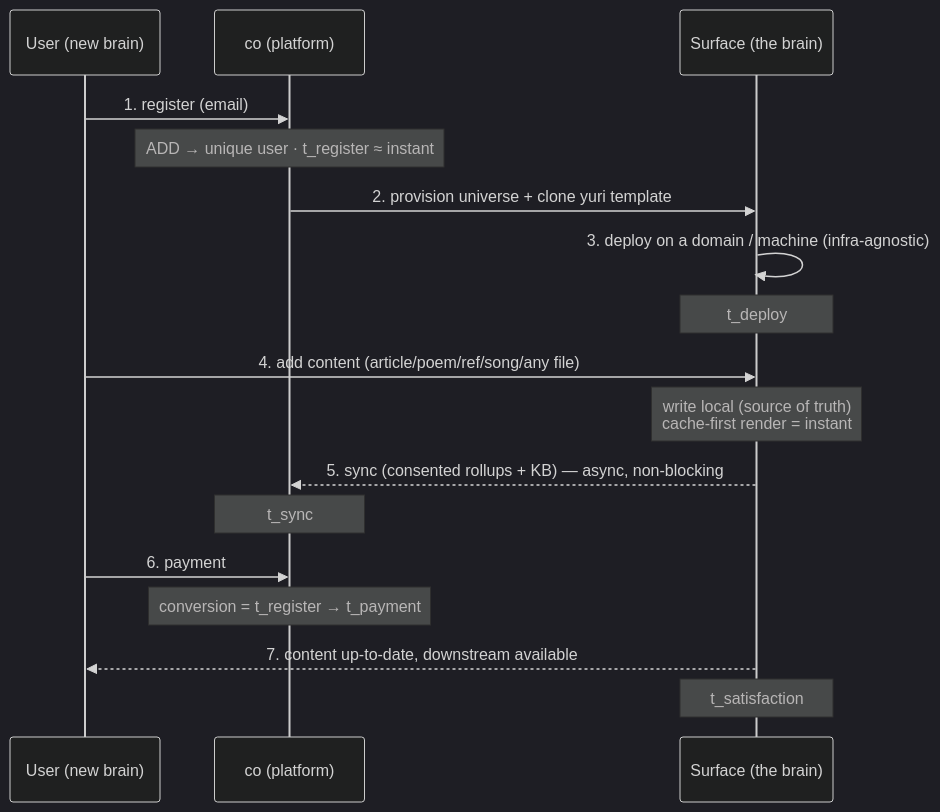
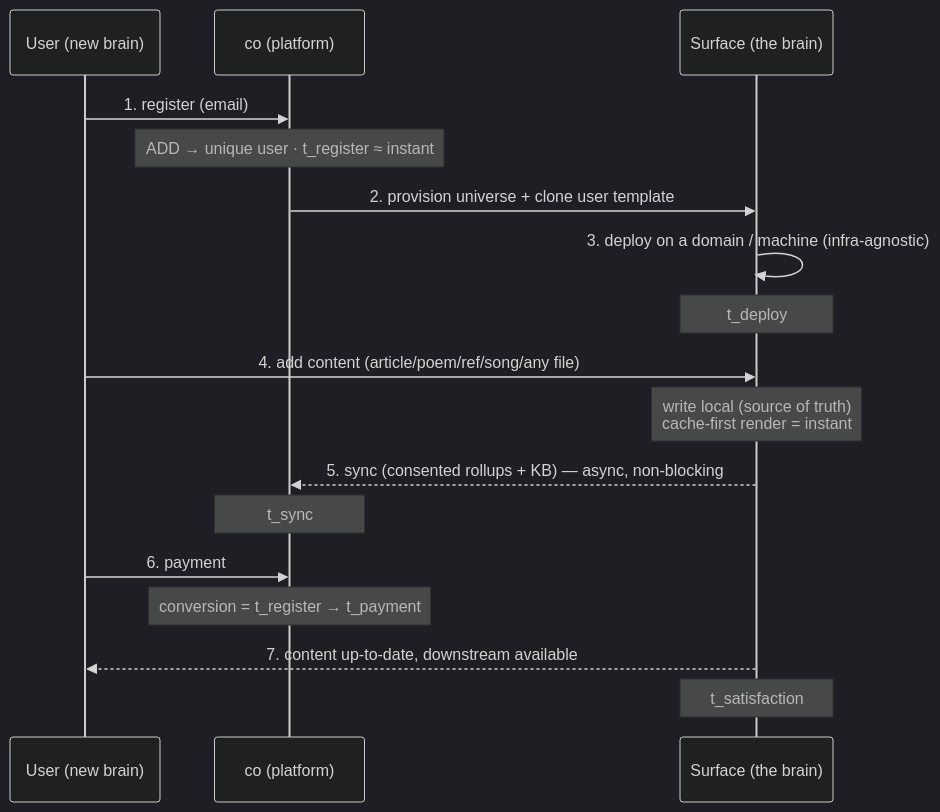
The third of 6 diagrams in docs/intelligence-as-a-service.en.md (artelonga/ArteLonga), drawn with Mermaid (dark theme) before and after one commit. The commit also changed other lines of this file and 42 other files, not shown here.

````diff
--- a/docs/intelligence-as-a-service.en.md
+++ b/docs/intelligence-as-a-service.en.md
@@ -131,19 +131,19 @@
 ```mermaid
 sequenceDiagram
   participant U as User (new brain)
   participant CO as co (platform)
   participant S as Surface (the brain)
   U->>CO: 1. register (email)
   Note over CO: ADD → unique user · t_register ≈ instant
-  CO->>S: 2. provision universe + clone yuri template
+  CO->>S: 2. provision universe + clone user template
   S->>S: 3. deploy on a domain / machine (infra-agnostic)
   Note over S: t_deploy
   U->>S: 4. add content (article/poem/ref/song/any file)
   Note over S: write local (source of truth)<br/>cache-first render = instant
   S-->>CO: 5. sync (consented rollups + KB) — async, non-blocking
   Note over CO: t_sync
   U->>CO: 6. payment
   Note over CO: conversion = t_register → t_payment
   S-->>U: 7. content up-to-date, downstream available
   Note over S: t_satisfaction
 ```
````
